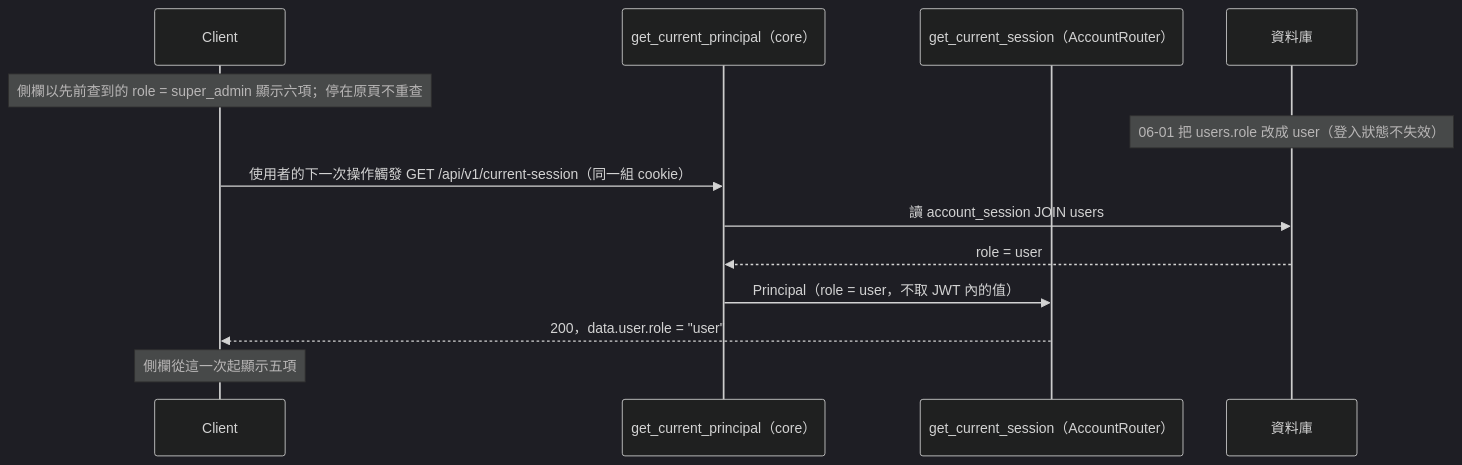
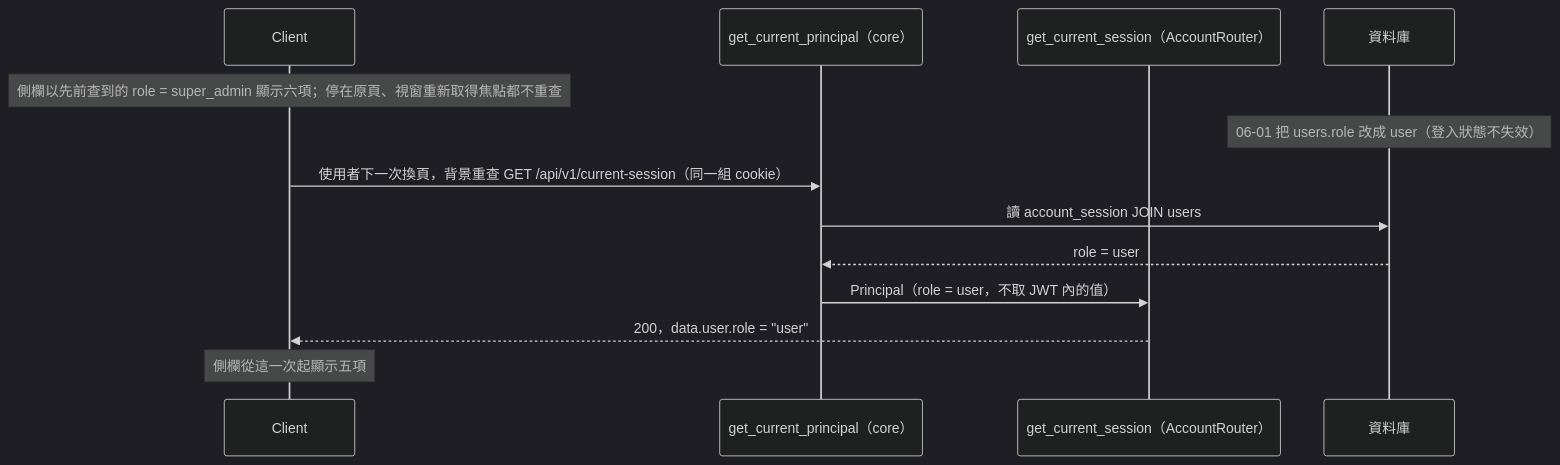
One commit to label-suite/label-suite changed the fourth of 8 diagrams in openspec/changes/sidebar-nav/system-design.md. Above: the diagram before and after it, drawn with Mermaid (dark theme). The commit also changed other lines of this file and 1 other file, not shown here.

````diff
--- a/openspec/changes/sidebar-nav/system-design.md
+++ b/openspec/changes/sidebar-nav/system-design.md
@@ -143,15 +145,15 @@
 ```mermaid
 sequenceDiagram
   participant C as Client
   participant G as get_current_principal（core）
   participant R as get_current_session（AccountRouter）
   participant DB as 資料庫
-  Note over C: 側欄以先前查到的 role = super_admin 顯示六項；停在原頁不重查
+  Note over C: 側欄以先前查到的 role = super_admin 顯示六項；停在原頁、視窗重新取得焦點都不重查
   Note over DB: 06-01 把 users.role 改成 user（登入狀態不失效）
-  C->>G: 使用者的下一次操作觸發 GET /api/v1/current-session（同一組 cookie）
+  C->>G: 使用者下一次換頁，背景重查 GET /api/v1/current-session（同一組 cookie）
   G->>DB: 讀 account_session JOIN users
   DB-->>G: role = user
   G->>R: Principal（role = user，不取 JWT 內的值）
   R-->>C: 200，data.user.role = "user"
   Note over C: 側欄從這一次起顯示五項
 ```
````
